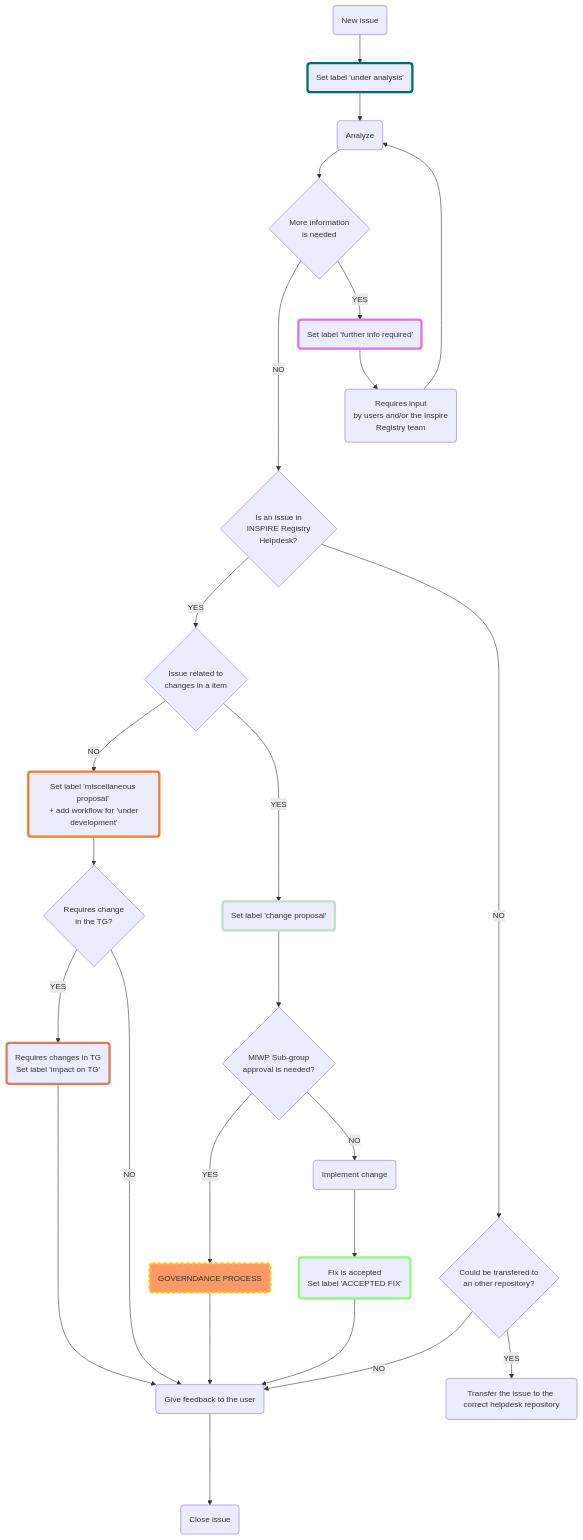
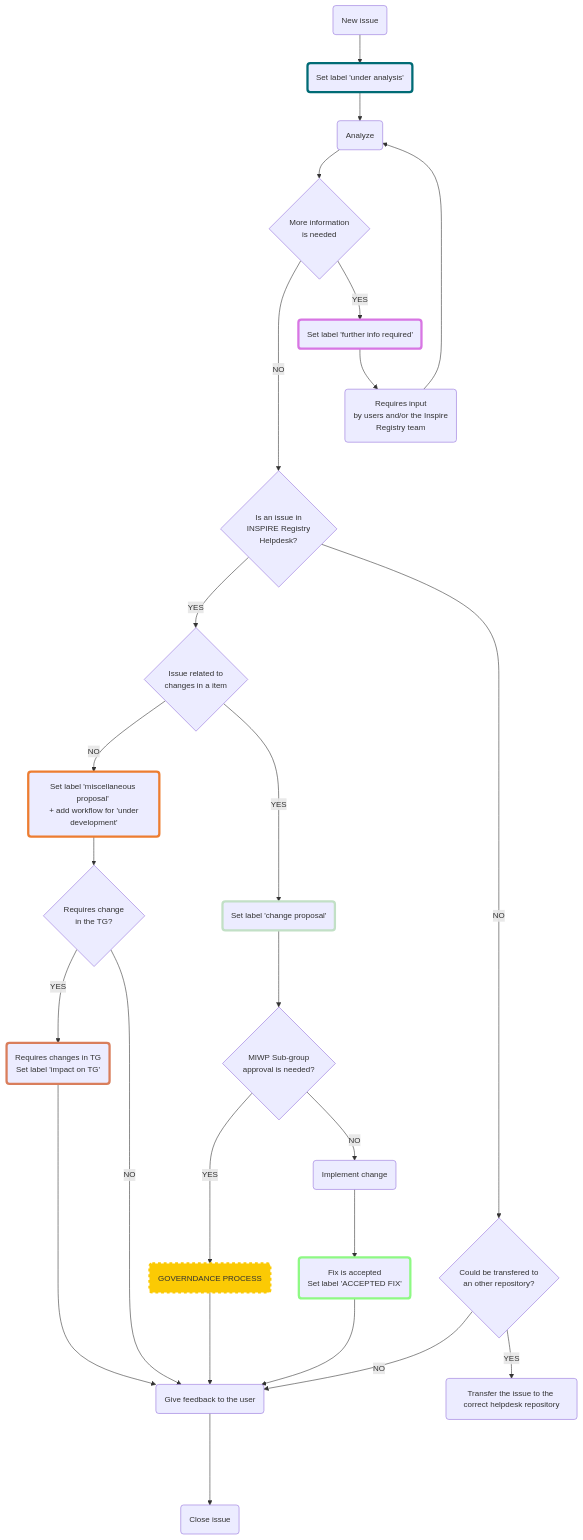
One commit to INSPIRE-MIF/helpdesk-registry changed the diagram in helpdesk-management/README.md. Above: the diagram before and after it, drawn with Mermaid.

```diff
--- a/helpdesk-management/README.md
+++ b/helpdesk-management/README.md
@@ -107,7 +107,7 @@
 
     %% SET LABEL UNDER SCRUTINY (SUBMITTED-VALID) [NODE]
     labelGovernanceProcess("GOVERNDANCE PROCESS")
-    style labelGovernanceProcess stroke-width:4px, stroke: #fbca04, stroke-dasharray: 5 5, fill:#f96
+    style labelGovernanceProcess stroke-width:4px, stroke: #fbca04, stroke-dasharray: 5 5, fill:#fbca04
 
     %% IMPLEMENT THE CHANGES / ACCEPT... [NODE]
     %% implementChanges("Implement the changes / accept \n actions by control body. \n Give feedback in the issue \n about the status of the process")
```
